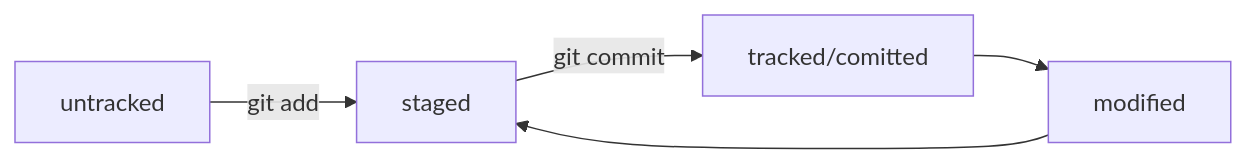
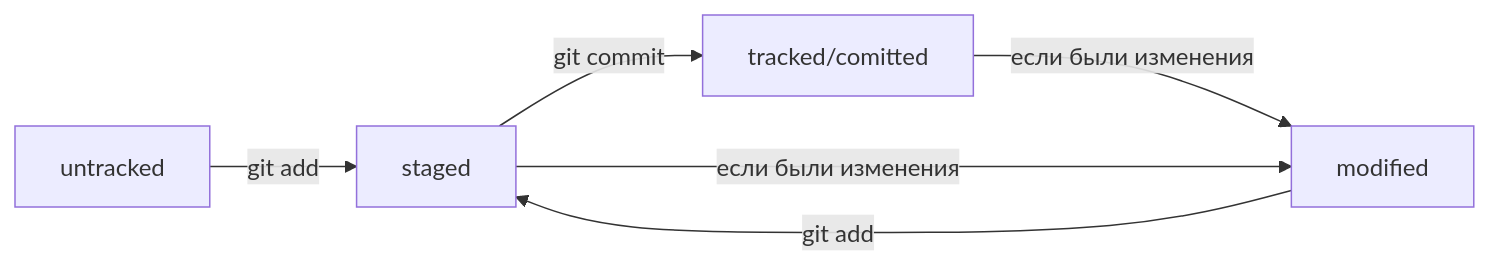
The diagram in readme.md (InGOwned/first-practice), drawn with Mermaid before and after one commit.

Commit message:
Доработка графа

````diff
--- a/readme.md
+++ b/readme.md
@@ -48,9 +48,10 @@
 ```mermaid
 %% Жизненный цикл файла в Git
 
 graph LR;
   untracked -- "git add" --> staged;
   staged    -- "git commit"     --> tracked/comitted;
-  tracked/comitted --> modified
-  modified --> staged
+  tracked/comitted -- "если были изменения" --> modified
+  modified -- "git add" --> staged
+  staged -- "если были изменения" --> modified
 ```
````
